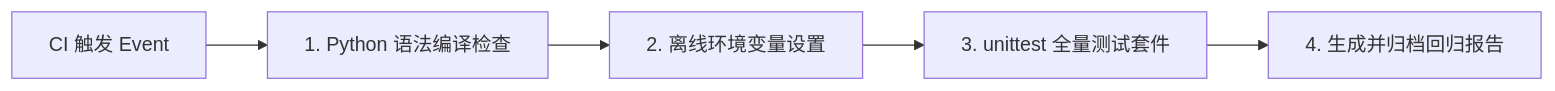
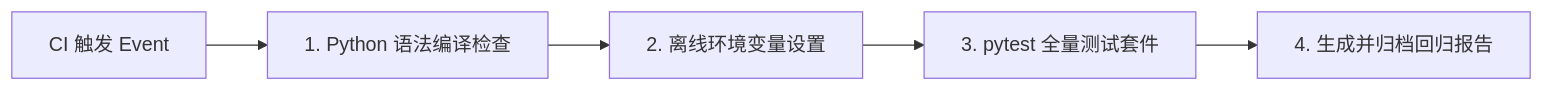
Before and after one commit to Pitohuie-AIversion/seagent1.0-main_asr: the diagram in docs/development/testing.md, drawn with Mermaid. The commit also changed other lines of this file and 25 other files, not shown here.

````diff
--- a/docs/development/testing.md
+++ b/docs/development/testing.md
@@ -84,7 +83,7 @@
 ```mermaid
 flowchart LR
     CI_Start[CI 触发 Event] --> Step1[1. Python 语法编译检查]
     Step1 --> Step2[2. 离线环境变量设置]
-    Step2 --> Step3[3. unittest 全量测试套件]
+    Step2 --> Step3[3. pytest 全量测试套件]
     Step3 --> Step4[4. 生成并归档回归报告]
 ```
````
